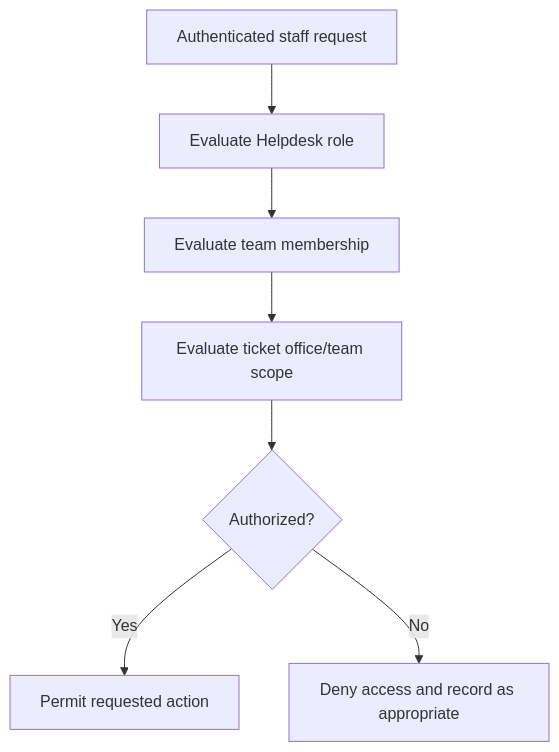
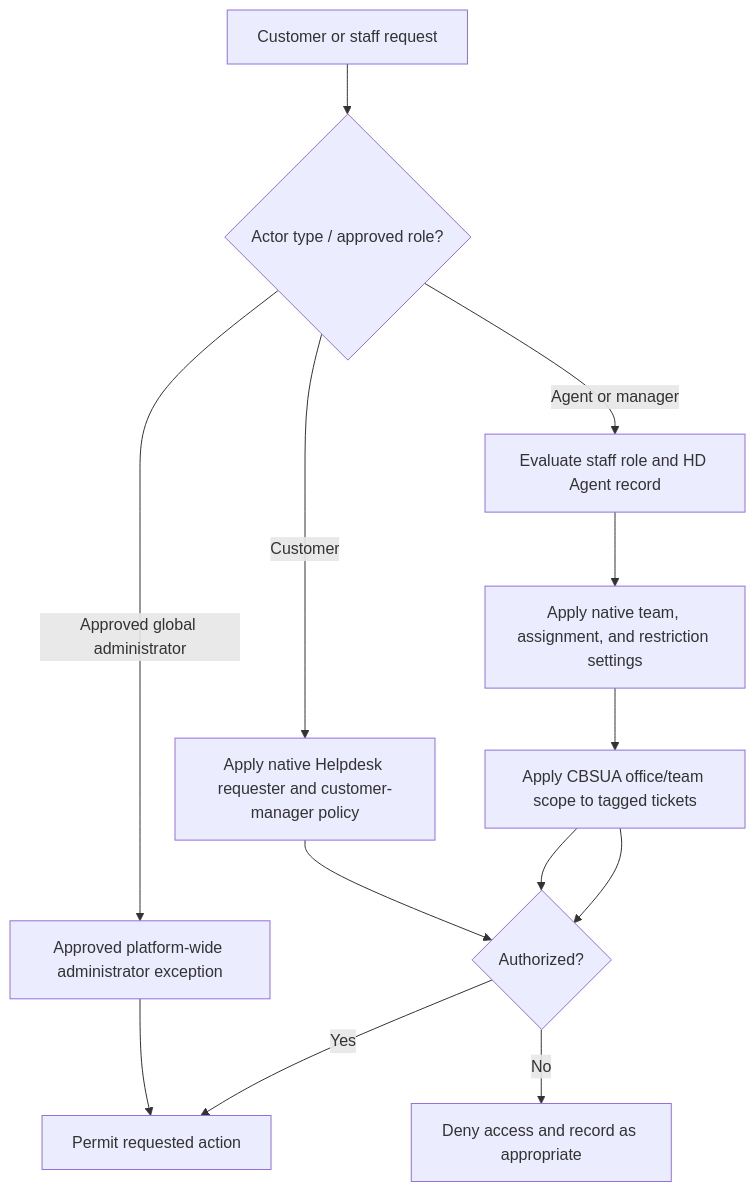
The sixth of 6 diagrams in docs/architecture.md (AgeReapor/cbsua-helpdesk-app), drawn with Mermaid before and after one commit. The commit also changed 3 other files, not shown here.

Commit message:
docs: record Frappe skill review and access flow

````diff
--- a/docs/architecture.md
+++ b/docs/architecture.md
@@ -224,14 +224,21 @@
 ```mermaid
 flowchart TD
-    Request["Authenticated staff request"]
-    Role["Evaluate Helpdesk role"]
-    Team["Evaluate team membership"]
-    Scope["Evaluate ticket office/team scope"]
+    Request["Customer or staff request"]
+    Actor{"Actor type / approved role?"}
+    Customer["Apply native Helpdesk requester and customer-manager policy"]
+    Role["Evaluate staff role and HD Agent record"]
+    Team["Apply native team, assignment, and restriction settings"]
+    Scope["Apply CBSUA office/team scope to tagged tickets"]
+    Global["Approved platform-wide administrator exception"]
     Allowed{"Authorized?"}
     Permit["Permit requested action"]
     Deny["Deny access and record as appropriate"]
 
-    Request --> Role --> Team --> Scope --> Allowed
+    Request --> Actor
+    Actor -->|Customer| Customer --> Allowed
+    Actor -->|Agent or manager| Role --> Team --> Scope --> Allowed
+    Actor -->|Approved global administrator| Global --> Permit
+    Scope --> Allowed
     Allowed -->|"Yes"| Permit
     Allowed -->|"No"| Deny
 ```
````
